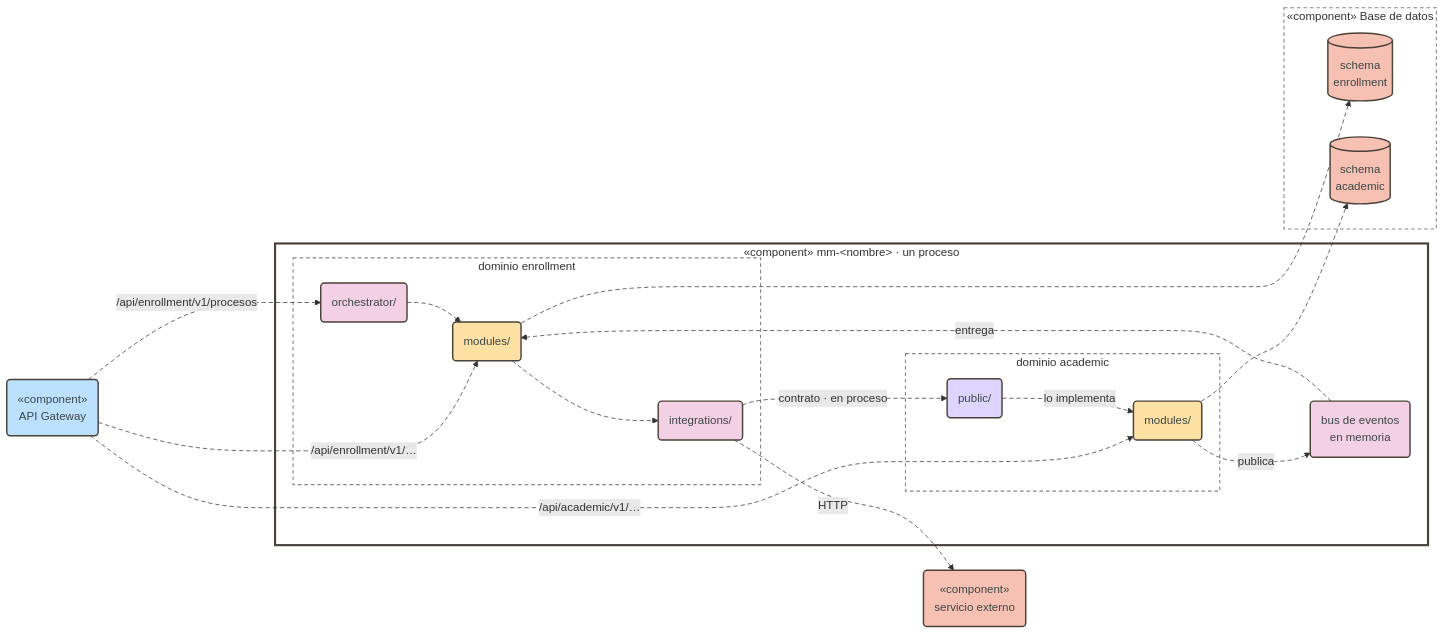
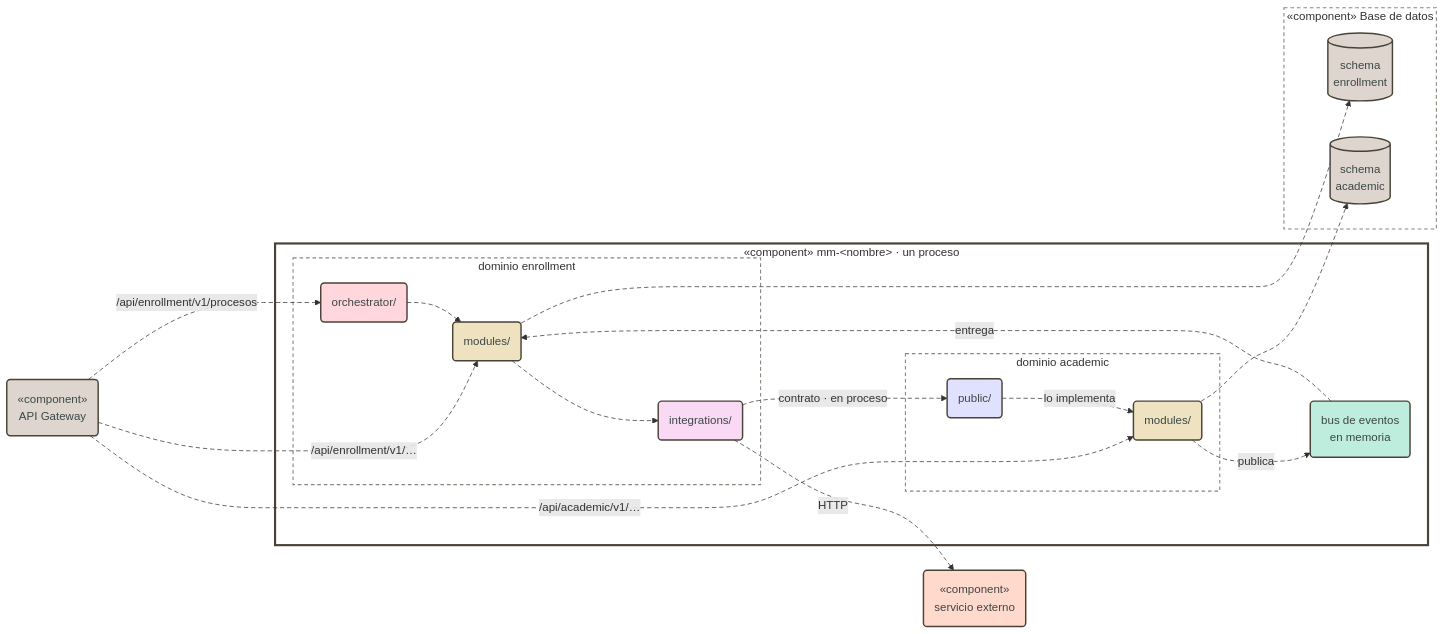
One commit to pcarroza91/nest-template changed the first of 3 diagrams in docs/architecture/modular-monolith.md. Above: the diagram before and after it, drawn with Mermaid. The commit also changed other lines of this file and 2 other files, not shown here.

Commit message:
docs(architecture): colores por capa y componente en los diagramas Mermaid
Cada capa (bootstrap, modules, orchestrator, integrations, public,
common, config, infra) y cada componente de un módulo (controller,
service, business, libs, repository, entity, mapper, models) tiene su
color; rombos en gris y niveles de log con verde, amarillo y rojo.

````diff
--- a/docs/architecture/modular-monolith.md
+++ b/docs/architecture/modular-monolith.md
@@ -31,50 +31,54 @@
 ```mermaid
 flowchart LR
     GW("«component»<br/>API Gateway")
     subgraph MM["«component» mm-&lt;nombre&gt; · un proceso"]
         subgraph D1["dominio enrollment"]
             O1("orchestrator/")
             M1("modules/")
             I1("integrations/")
         end
         subgraph D2["dominio academic"]
             P2("public/")
             M2("modules/")
         end
         BUS("bus de eventos<br/>en memoria")
     end
     subgraph DB["«component» Base de datos"]
         S1[("schema<br/>enrollment")]
         S2[("schema<br/>academic")]
     end
     EXT("«component»<br/>servicio externo")
 
     GW -- "/api/enrollment/v1/…" --> M1
     GW -- "/api/enrollment/v1/procesos" --> O1
     GW -- "/api/academic/v1/…" --> M2
     O1 --> M1
     M1 --> I1
     I1 -- "contrato · en proceso" --> P2
     P2 -. "lo implementa" .-> M2
     I1 -- "HTTP" --> EXT
     M1 --> S1
     M2 --> S2
     M2 -. "publica" .-> BUS
     BUS -. "entrega" .-> M1
 
-    classDef entry fill:#bce1ff,stroke:#494238,stroke-width:2px,color:#3c4747
-    classDef domain fill:#fde0a3,stroke:#494238,stroke-width:2px,color:#3c4747
-    classDef flow fill:#f4d0e6,stroke:#494238,stroke-width:2px,color:#3c4747
-    classDef contract fill:#ded5fe,stroke:#494238,stroke-width:2px,color:#3c4747
-    classDef ext fill:#f6c1b2,stroke:#494238,stroke-width:2px,color:#3c4747
+    classDef modules fill:#efe2c0,stroke:#494238,stroke-width:2px,color:#3c4747
+    classDef orchestrator fill:#ffd7dd,stroke:#494238,stroke-width:2px,color:#3c4747
+    classDef integrations fill:#f9d9f4,stroke:#494238,stroke-width:2px,color:#3c4747
+    classDef public fill:#e0e0ff,stroke:#494238,stroke-width:2px,color:#3c4747
+    classDef common fill:#beecdd,stroke:#494238,stroke-width:2px,color:#3c4747
+    classDef external fill:#ffd9cb,stroke:#494238,stroke-width:2px,color:#3c4747
+    classDef infra fill:#ded6ce,stroke:#494238,stroke-width:2px,color:#3c4747
     classDef pkg fill:transparent,stroke:#8a857d,stroke-width:1.5px,stroke-dasharray:5 4
     classDef system fill:transparent,stroke:#494238,stroke-width:3px
-    class GW entry
-    class M1,M2 domain
-    class O1,I1,BUS flow
-    class P2 contract
-    class S1,S2,EXT ext
+    class M1,M2 modules
+    class O1 orchestrator
+    class I1 integrations
+    class P2 public
+    class BUS common
+    class EXT external
+    class GW,S1,S2 infra
     class D1,D2,DB pkg
     class MM system
     linkStyle default stroke-dasharray:6 4
 ```
````
